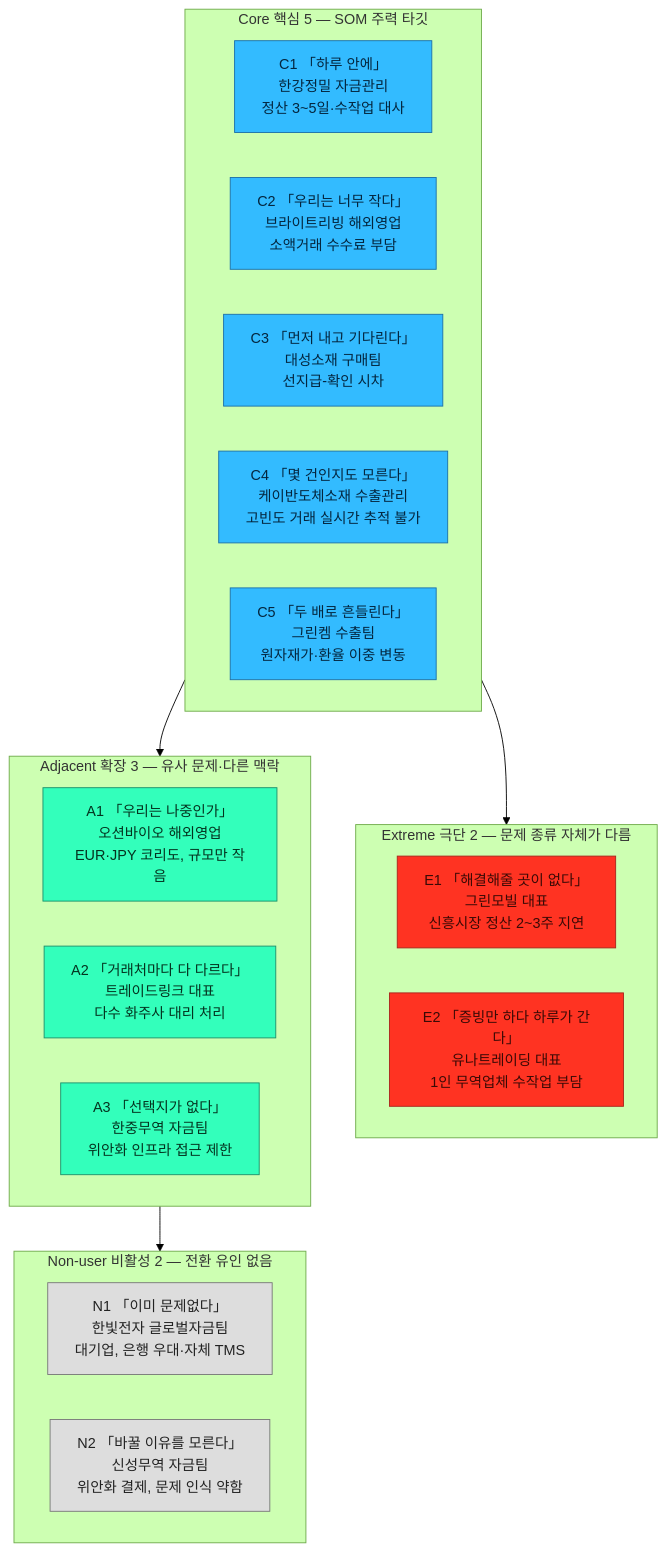
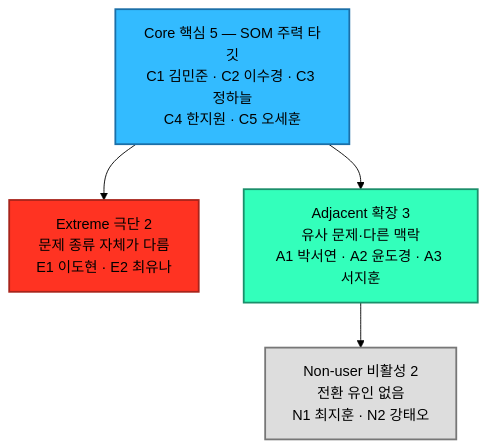
Before and after one commit to jennie-brain/business-analysis-frameworks: the first of 2 diagrams in 05_페르소나_고객여정지도/01_페르소나스펙트럼_분석보고서.md, drawn with Mermaid (forest theme). The commit also changed other lines of this file, not shown here.

Commit message:
1단계 차트를 4개 클러스터 상자로 압축해 가독성·비율 개선
12명을 낱개 노드로 펼치니 상자 16개(서브그래프 4+멤버 12)로
가로·세로 비율이 한쪽으로 치우쳐 한눈에 보기 어려웠다. 유형별
1개 상자에 구성원 이름만 나열하는 방식으로 압축해 상자 수를
4개로 줄이고, 정사각형에 가깝게 만든다. 상세 속성은 표에만 남긴다.

````diff
--- a/05_페르소나_고객여정지도/01_페르소나스펙트럼_분석보고서.md
+++ b/05_페르소나_고객여정지도/01_페르소나스펙트럼_분석보고서.md
@@ -56,44 +56,16 @@
 ```mermaid
 flowchart TB
-    subgraph CORE["Core 핵심 5 — SOM 주력 타깃"]
-        direction LR
-        C1["C1 「하루 안에」<br>한강정밀 자금관리<br>정산 3~5일·수작업 대사"]
-        C2["C2 「우리는 너무 작다」<br>브라이트리빙 해외영업<br>소액거래 수수료 부담"]
-        C3["C3 「먼저 내고 기다린다」<br>대성소재 구매팀<br>선지급-확인 시차"]
-        C4["C4 「몇 건인지도 모른다」<br>케이반도체소재 수출관리<br>고빈도 거래 실시간 추적 불가"]
-        C5["C5 「두 배로 흔들린다」<br>그린켐 수출팀<br>원자재가·환율 이중 변동"]
-    end
-
-    subgraph EXT["Extreme 극단 2 — 문제 종류 자체가 다름"]
-        direction LR
-        E1["E1 「해결해줄 곳이 없다」<br>그린모빌 대표<br>신흥시장 정산 2~3주 지연"]
-        E2["E2 「증빙만 하다 하루가 간다」<br>유나트레이딩 대표<br>1인 무역업체 수작업 부담"]
-    end
-
-    subgraph ADJ["Adjacent 확장 3 — 유사 문제·다른 맥락"]
-        direction LR
-        A1["A1 「우리는 나중인가」<br>오션바이오 해외영업<br>EUR·JPY 코리도, 규모만 작음"]
-        A2["A2 「거래처마다 다 다르다」<br>트레이드링크 대표<br>다수 화주사 대리 처리"]
-        A3["A3 「선택지가 없다」<br>한중무역 자금팀<br>위안화 인프라 접근 제한"]
-    end
-
-    subgraph NON["Non-user 비활성 2 — 전환 유인 없음"]
-        direction LR
-        N1["N1 「이미 문제없다」<br>한빛전자 글로벌자금팀<br>대기업, 은행 우대·자체 TMS"]
-        N2["N2 「바꿀 이유를 모른다」<br>신성무역 자금팀<br>위안화 결제, 문제 인식 약함"]
-    end
+    CORE["Core 핵심 5 — SOM 주력 타깃<br/>C1 김민준 · C2 이수경 · C3 정하늘<br/>C4 한지원 · C5 오세훈"]
+    EXT["Extreme 극단 2<br/>문제 종류 자체가 다름<br/>E1 이도현 · E2 최유나"]
+    ADJ["Adjacent 확장 3<br/>유사 문제·다른 맥락<br/>A1 박서연 · A2 윤도경 · A3 서지훈"]
+    NON["Non-user 비활성 2<br/>전환 유인 없음<br/>N1 최지훈 · N2 강태오"]
 
     CORE --> EXT
     CORE --> ADJ
     ADJ --> NON
 
-    classDef core fill:#33BBFF,stroke:#1b6fa8,color:#04263f
-    classDef adj fill:#33FFBB,stroke:#1b8f6b,color:#04331f
-    classDef ext fill:#FF3322,stroke:#a8241b,color:#3a0a06
-    classDef non fill:#DDDDDD,stroke:#777777,color:#222222
-
-    class C1,C2,C3,C4,C5 core
-    class A1,A2,A3 adj
-    class E1,E2 ext
-    class N1,N2 non
+    style CORE fill:#33BBFF,stroke:#1b6fa8,stroke-width:2px
+    style EXT fill:#FF3322,stroke:#a8241b,stroke-width:2px
+    style ADJ fill:#33FFBB,stroke:#1b8f6b,stroke-width:2px
+    style NON fill:#DDDDDD,stroke:#777777,stroke-width:2px
 ```
````
